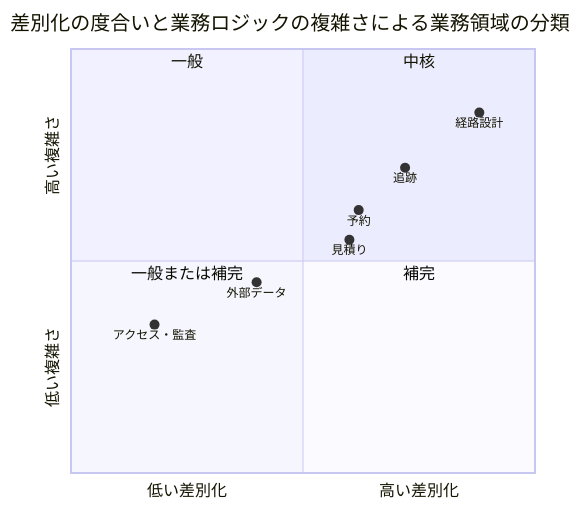
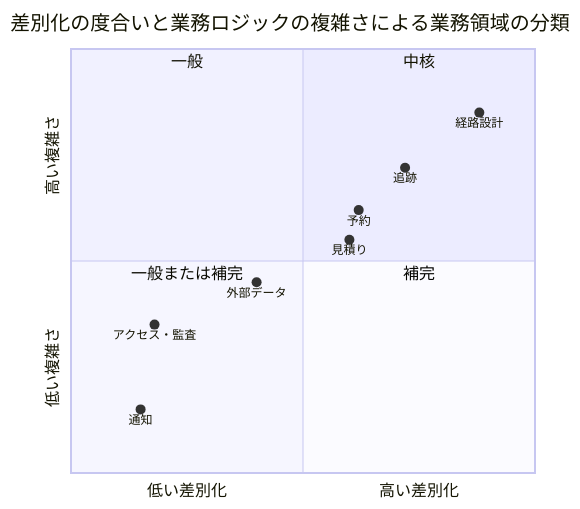
The first of 15 diagrams in docs/design/cargo-tracker/domain_model.md (k2works/practical-domain-driven-design-in-enterpris-application), drawn with Mermaid before and after one commit. The commit also changed other lines of this file and 25 other files, not shown here.

````diff
--- a/docs/design/cargo-tracker/domain_model.md
+++ b/docs/design/cargo-tracker/domain_model.md
@@ -31,16 +32,17 @@
 ```mermaid
 quadrantChart
     title 差別化の度合いと業務ロジックの複雑さによる業務領域の分類
     x-axis "低い差別化" --> "高い差別化"
     y-axis "低い複雑さ" --> "高い複雑さ"
     quadrant-1 "中核"
     quadrant-2 "一般"
     quadrant-3 "一般または補完"
     quadrant-4 "補完"
     "経路設計": [0.88, 0.85]
     "追跡": [0.72, 0.72]
     "予約": [0.62, 0.62]
     "見積り": [0.60, 0.55]
     "外部データ": [0.40, 0.45]
     "アクセス・監査": [0.18, 0.35]
+    "通知": [0.15, 0.15]
 ```
````
